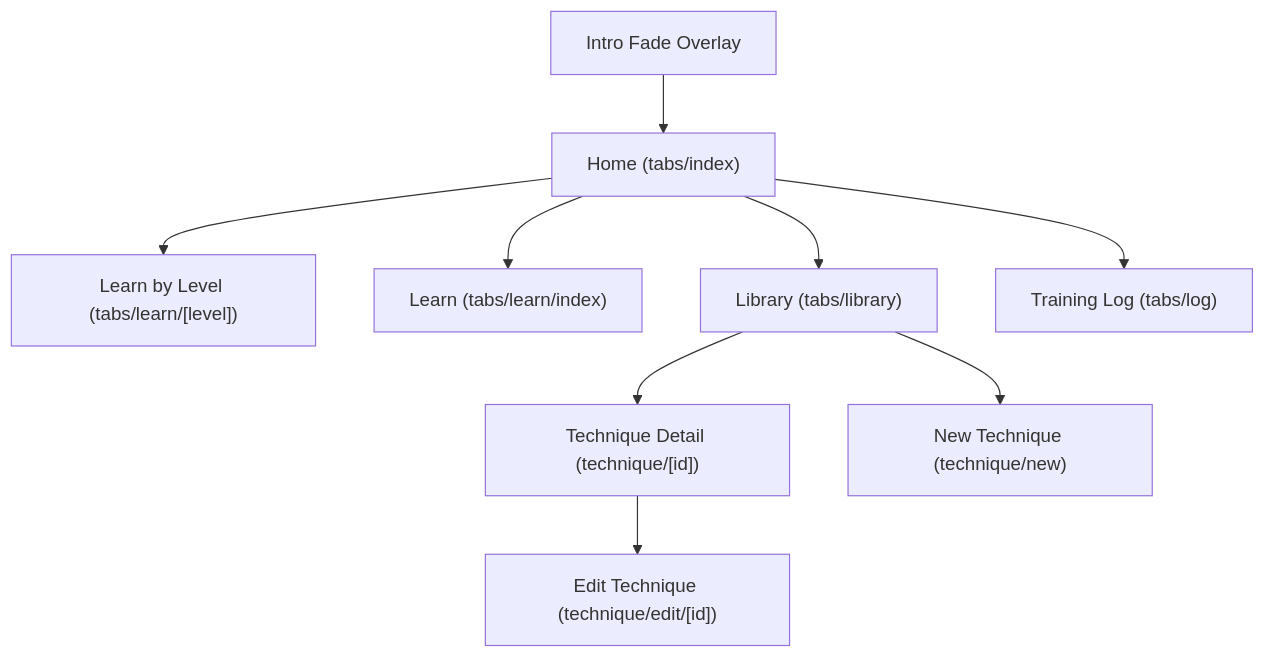
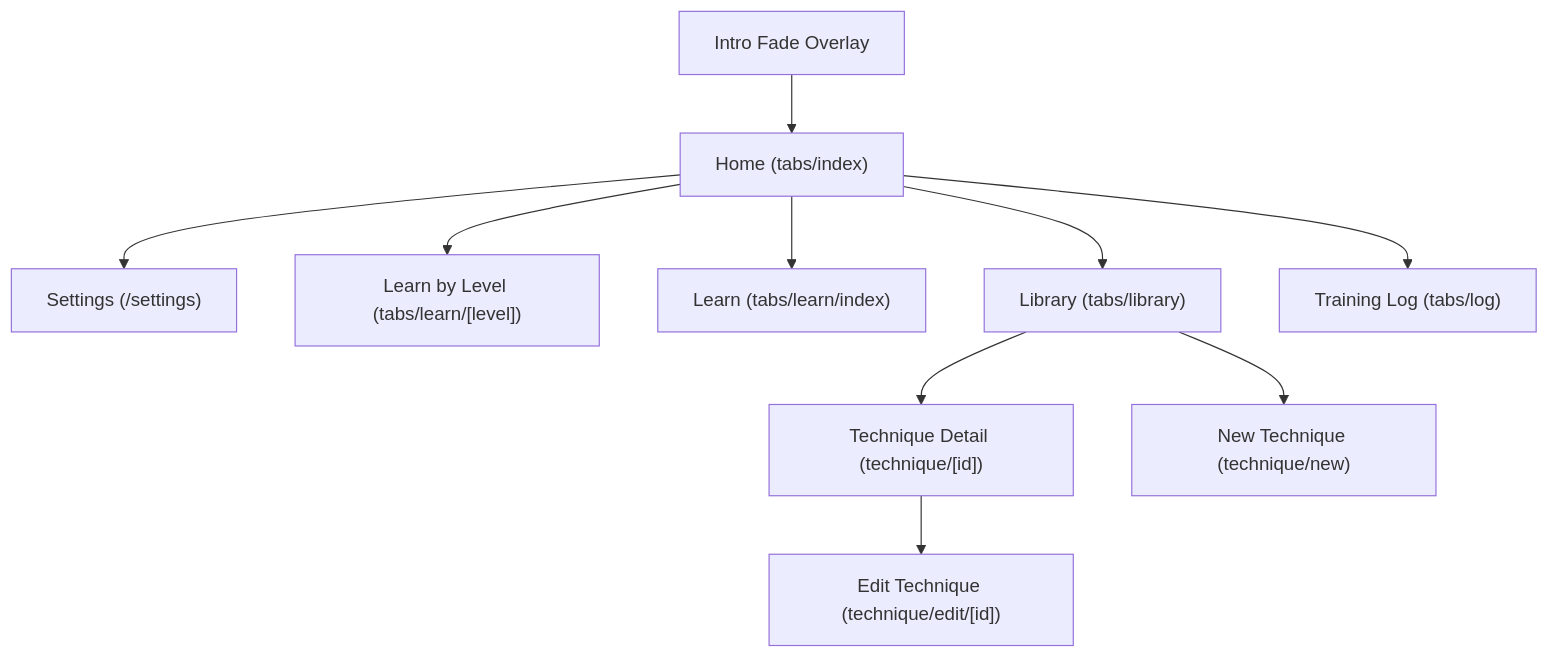
Before and after one commit to rm-jordan/rolltrack: the third of 5 diagrams in README.md, drawn with Mermaid. The commit also changed other lines of this file and 5 other files, not shown here.

````diff
--- a/README.md
+++ b/README.md
@@ -113,11 +123,12 @@
 ```mermaid
 flowchart TD
   Splash["Intro Fade Overlay"] --> Home["Home (tabs/index)"]
+  Home --> Settings["Settings (/settings)"]
   Home --> LearnLevel["Learn by Level (tabs/learn/[level])"]
   Home --> LearnAll["Learn (tabs/learn/index)"]
   Home --> Library["Library (tabs/library)"]
   Home --> Log["Training Log (tabs/log)"]
   Library --> Detail["Technique Detail (technique/[id])"]
   Detail --> Edit["Edit Technique (technique/edit/[id])"]
   Library --> New["New Technique (technique/new)"]
 ```
````
